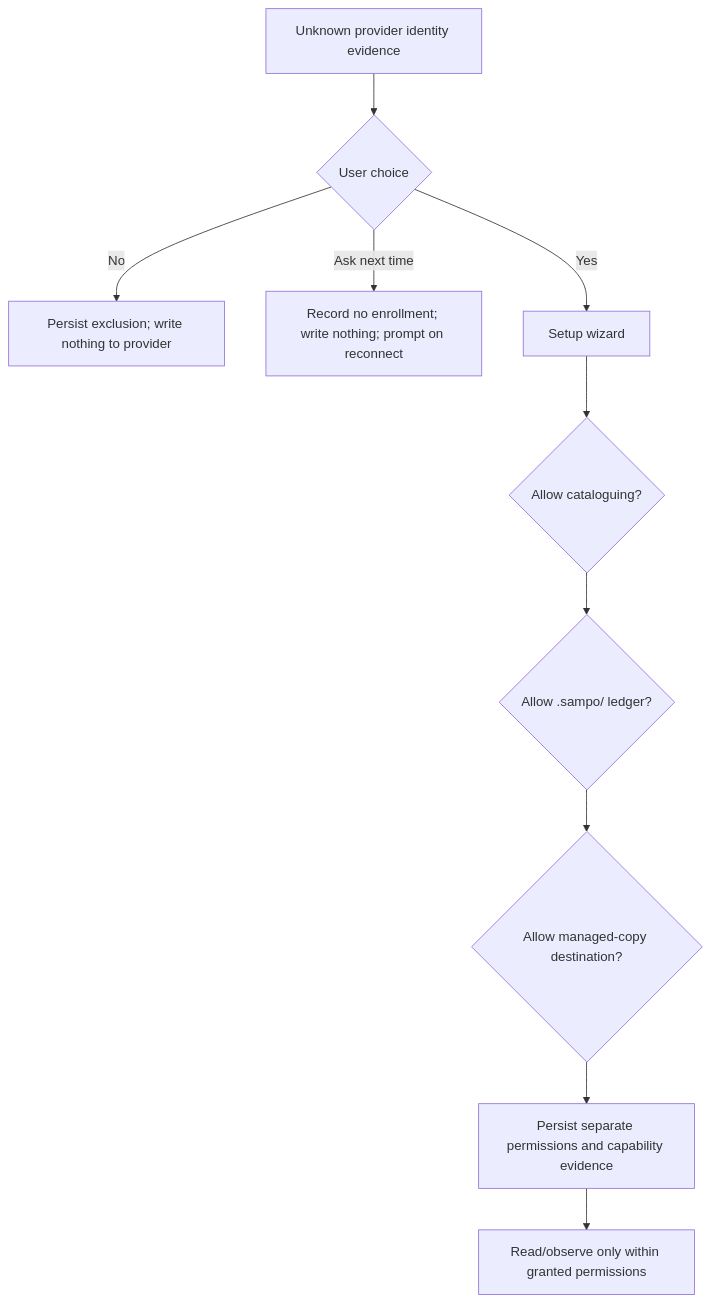
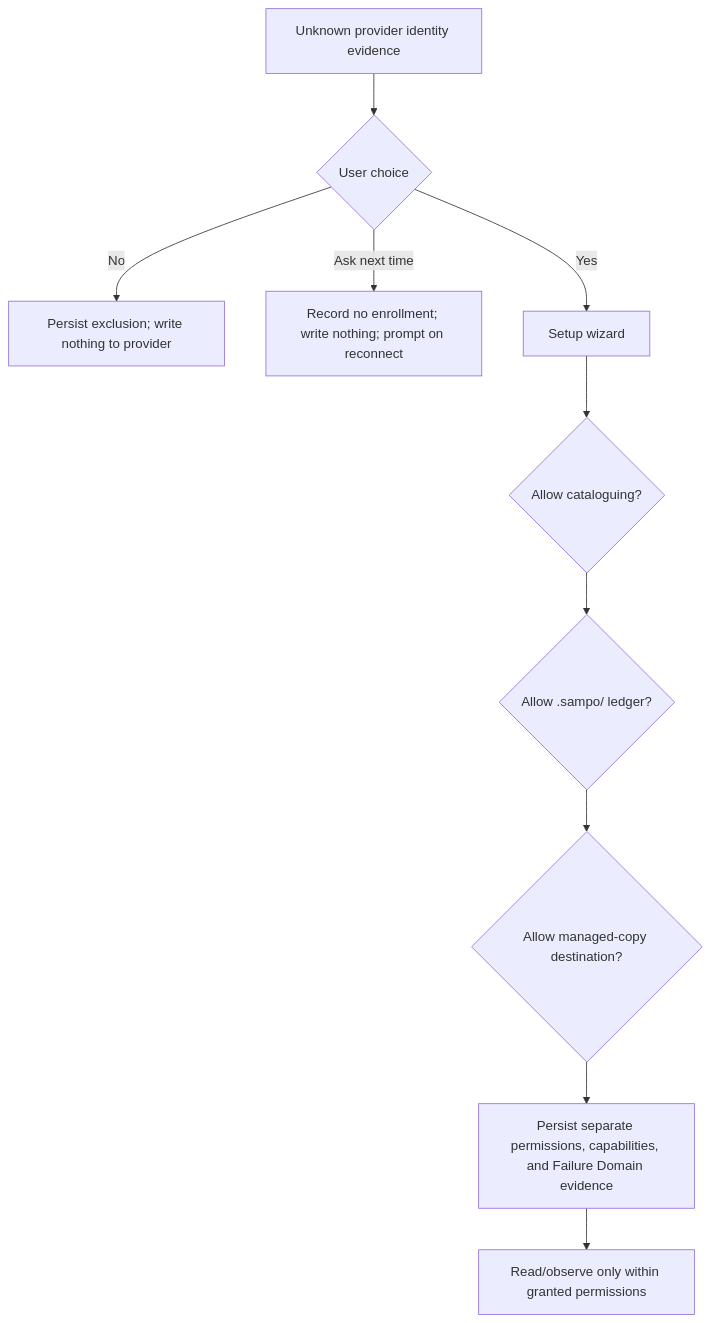
One commit to R2Pitou/SAMPO changed the seventh of 7 diagrams in MVP-ARCHITECTURE.md. Above: the diagram before and after it, drawn with Mermaid. The commit also changed other lines of this file and 35 other files, not shown here.

````diff
--- a/MVP-ARCHITECTURE.md
+++ b/MVP-ARCHITECTURE.md
@@ -375,12 +398,12 @@
 ```mermaid
 flowchart TD
     Seen["Unknown provider identity evidence"] --> Prompt{"User choice"}
     Prompt -->|No| Exclude["Persist exclusion; write nothing to provider"]
     Prompt -->|Ask next time| Later["Record no enrollment; write nothing; prompt on reconnect"]
     Prompt -->|Yes| Wizard["Setup wizard"]
     Wizard --> P1{"Allow cataloguing?"}
     P1 --> P2{"Allow .sampo/ ledger?"}
     P2 --> P3{"Allow managed-copy destination?"}
-    P3 --> Enroll["Persist separate permissions and capability evidence"]
+    P3 --> Enroll["Persist separate permissions, capabilities, and Failure Domain evidence"]
     Enroll --> Scan["Read/observe only within granted permissions"]
 ```
````
